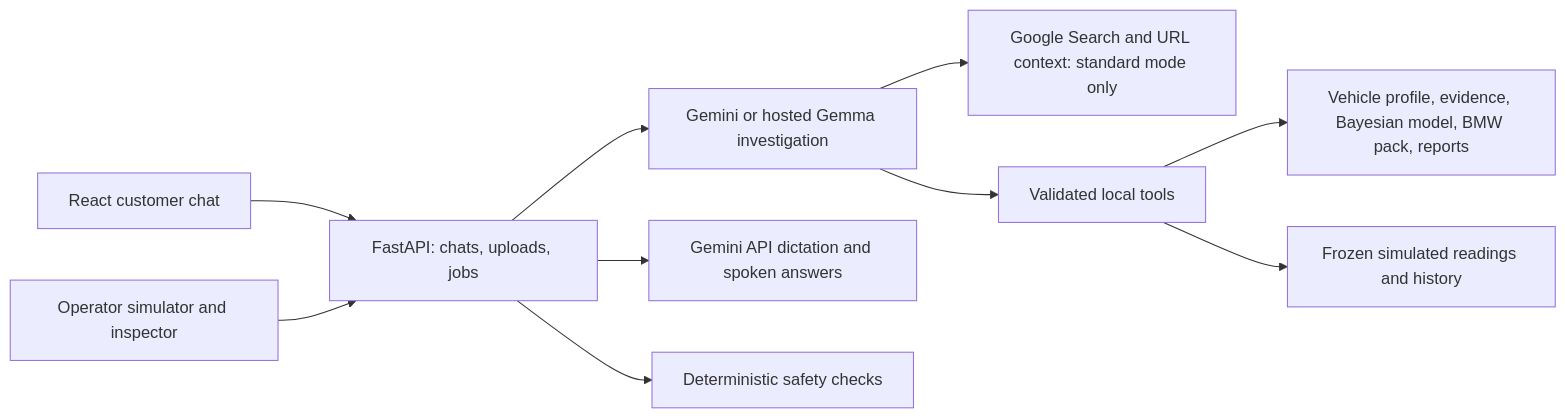
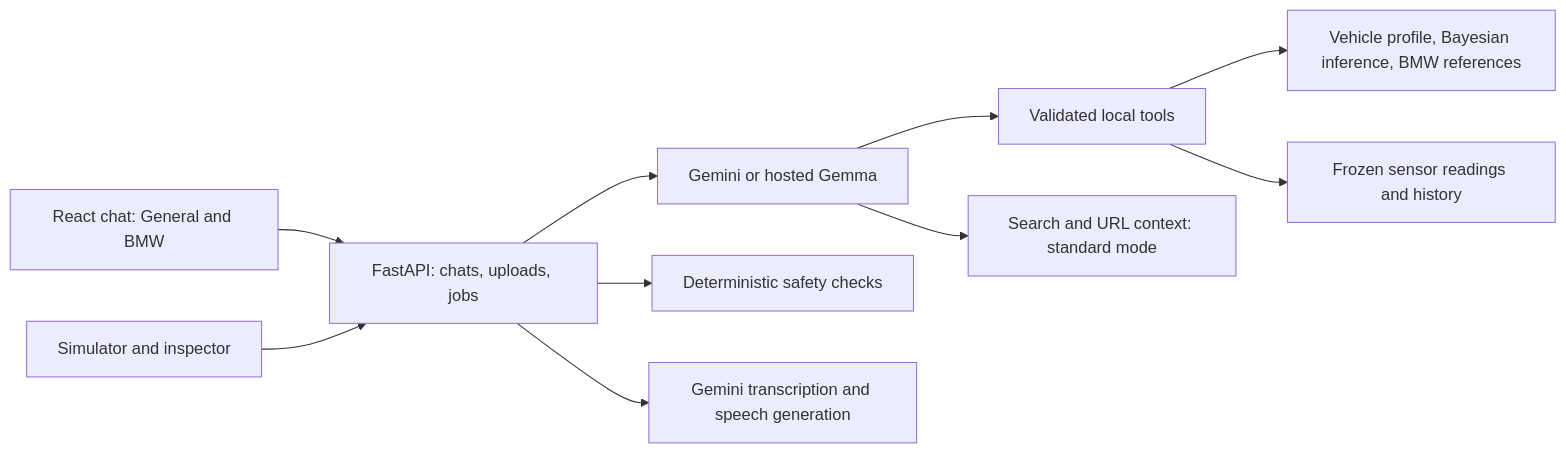
One commit to jayaseelan-james/agentic-ai-hackathon changed the diagram in README.md. Above: the diagram before and after it, drawn with Mermaid. The commit also changed other lines of this file, not shown here.

````diff
--- a/README.md
+++ b/README.md
@@ -219,12 +113,12 @@
 ```mermaid
 flowchart LR
-    UI[React customer chat] --> API[FastAPI: chats, uploads, jobs]
-    Operator[Operator simulator and inspector] --> API
-    API --> Model[Gemini or hosted Gemma investigation]
-    Model --> Web[Google Search and URL context: standard mode only]
-    Model --> Tools[Validated local tools]
-    API --> Speech[Gemini API dictation and spoken answers]
-    Tools --> Local[Vehicle profile, evidence, Bayesian model, BMW pack, reports]
-    Tools --> Snapshot[Frozen simulated readings and history]
+    Chat[React chat: General and BMW] --> API[FastAPI: chats, uploads, jobs]
+    Operator[Simulator and inspector] --> API
+    API --> Agent[Gemini or hosted Gemma]
+    Agent --> Tools[Validated local tools]
+    Agent --> Web[Search and URL context: standard mode]
+    Tools --> Evidence[Vehicle profile, Bayesian inference, BMW references]
+    Tools --> Readings[Frozen sensor readings and history]
     API --> Safety[Deterministic safety checks]
+    API --> Speech[Gemini transcription and speech generation]
 ```
````
